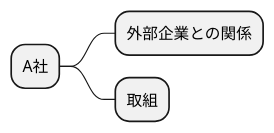
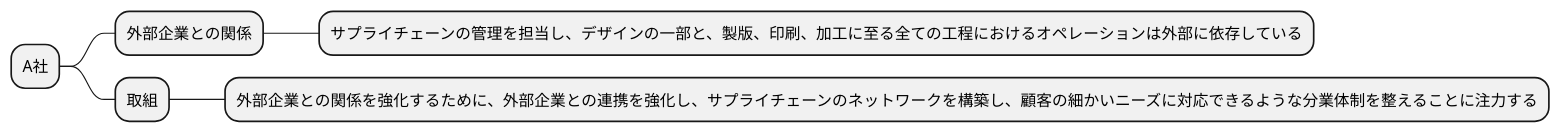
The eighth of 10 diagrams in docs/R03/master/study_1_r03.md (k2works/requirements_definition_excercise), drawn with PlantUML before and after one commit. The commit also changed other lines of this file, not shown here.

````diff
--- a/docs/R03/master/study_1_r03.md
+++ b/docs/R03/master/study_1_r03.md
@@ -274,9 +280,11 @@
 ```plantuml
 @startmindmap
 
 * A社
 ** 外部企業との関係
+*** サプライチェーンの管理を担当し、デザインの一部と、製版、印刷、加工に至る全ての工程におけるオペレーションは外部に依存している
 ** 取組
+*** 外部企業との関係を強化するために、外部企業との連携を強化し、サプライチェーンのネットワークを構築し、顧客の細かいニーズに対応できるような分業体制を整えることに注力する
 
 @endmindmap
 ```
````
